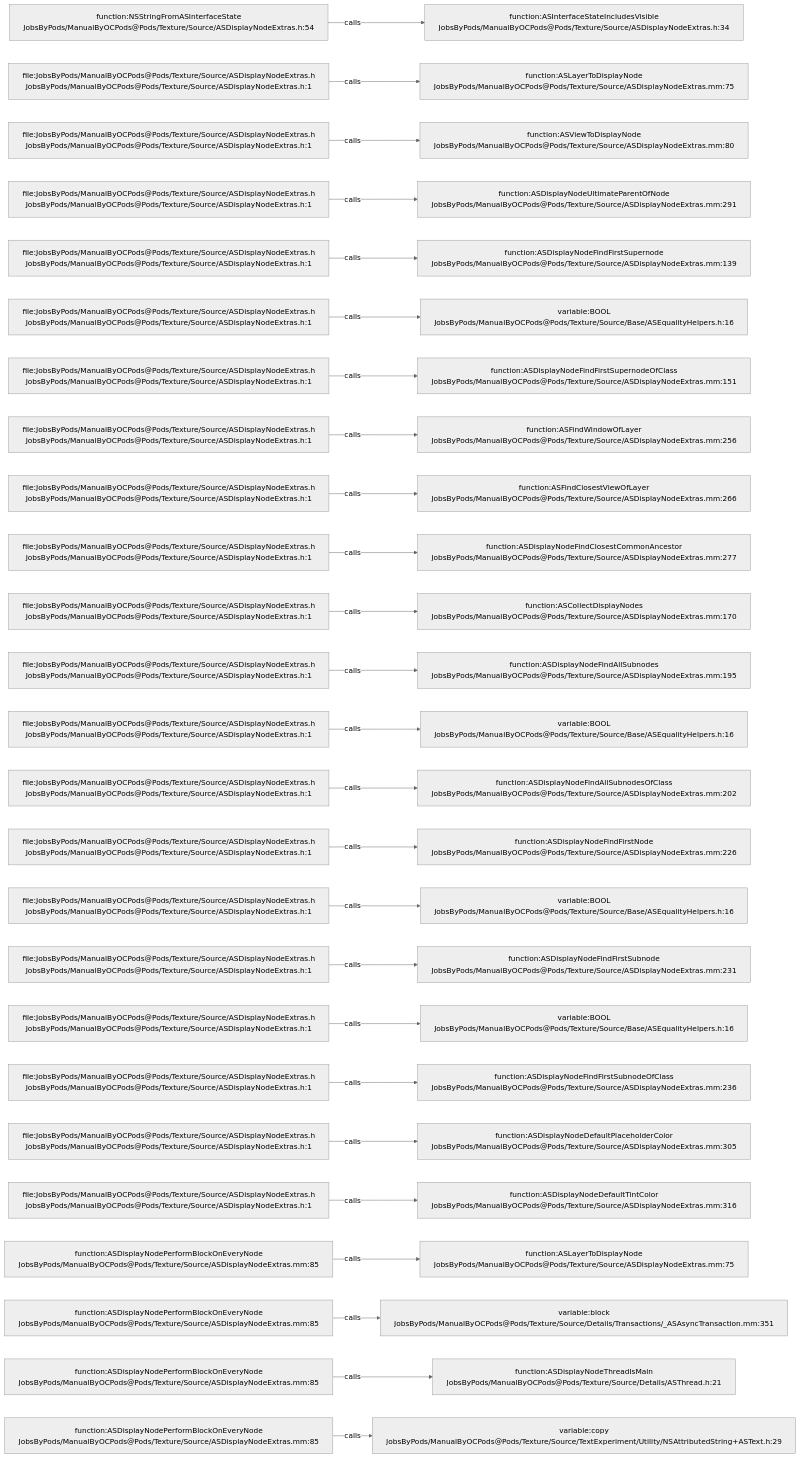
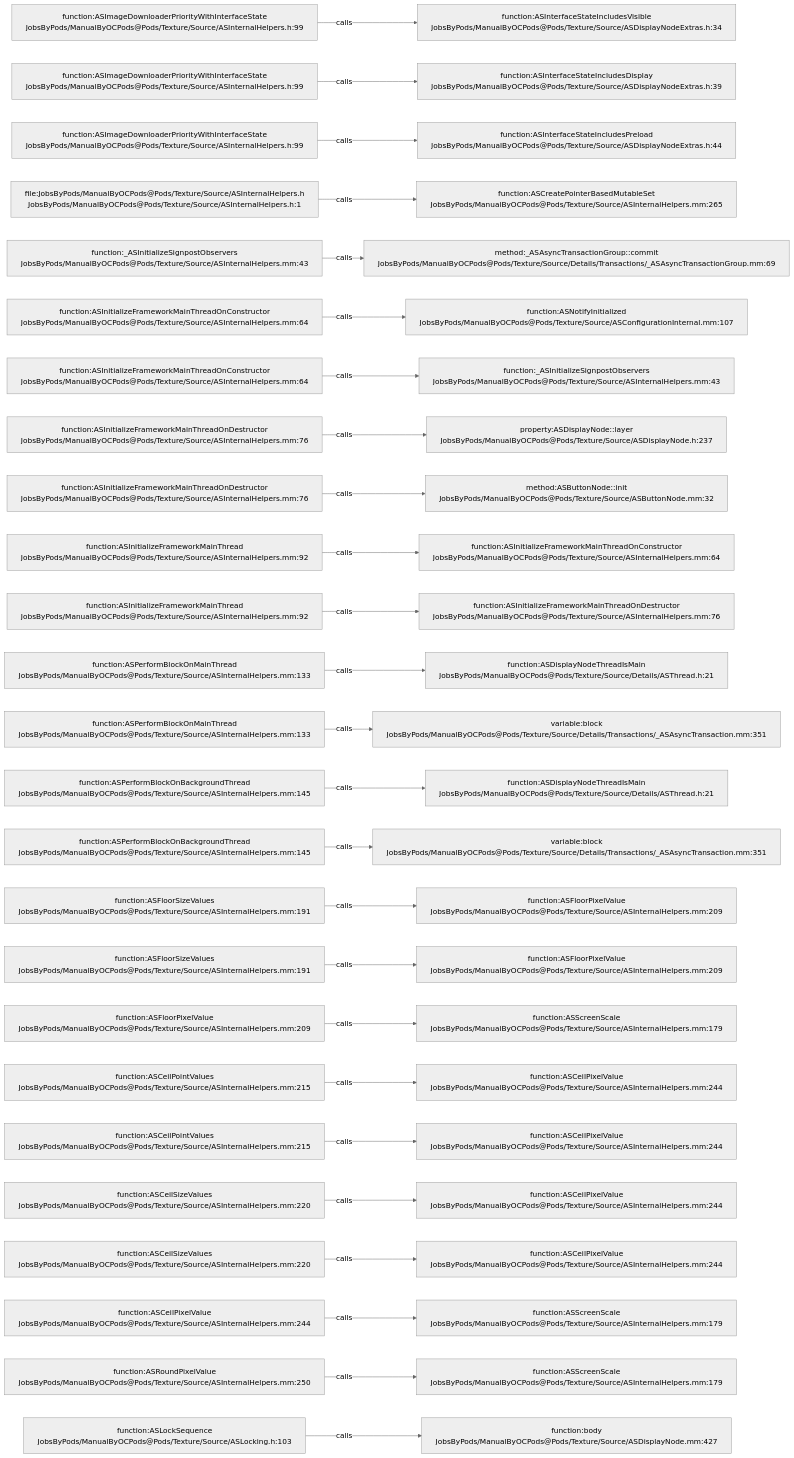
The diagram in .codegraph/codegraph.md/graphs/calls-113.md (JobsKits/JobsOCBaseConfigDemo), drawn with Mermaid (neutral theme) before and after one commit. The commit also changed 1223 other files, not shown here.

````diff
--- a/.codegraph/codegraph.md/graphs/calls-113.md
+++ b/.codegraph/codegraph.md/graphs/calls-113.md
@@ -13,78 +13,78 @@
 ```mermaid
 flowchart LR
-  S1["function:NSStringFromASInterfaceState<br/>JobsByPods/ManualByOCPods@Pods/Texture/Source/ASDisplayNodeExtras.h:54"]
+  S1["function:ASImageDownloaderPriorityWithInterfaceState<br/>JobsByPods/ManualByOCPods@Pods/Texture/Source/ASInternalHelpers.h:99"]
   T1["function:ASInterfaceStateIncludesVisible<br/>JobsByPods/ManualByOCPods@Pods/Texture/Source/ASDisplayNodeExtras.h:34"]
   S1 -->|calls| T1
-  S2["file:JobsByPods/ManualByOCPods@Pods/Texture/Source/ASDisplayNodeExtras.h<br/>JobsByPods/ManualByOCPods@Pods/Texture/Source/ASDisplayNodeExtras.h:1"]
-  T2["function:ASLayerToDisplayNode<br/>JobsByPods/ManualByOCPods@Pods/Texture/Source/ASDisplayNodeExtras.mm:75"]
+  S2["function:ASImageDownloaderPriorityWithInterfaceState<br/>JobsByPods/ManualByOCPods@Pods/Texture/Source/ASInternalHelpers.h:99"]
+  T2["function:ASInterfaceStateIncludesDisplay<br/>JobsByPods/ManualByOCPods@Pods/Texture/Source/ASDisplayNodeExtras.h:39"]
   S2 -->|calls| T2
-  S3["file:JobsByPods/ManualByOCPods@Pods/Texture/Source/ASDisplayNodeExtras.h<br/>JobsByPods/ManualByOCPods@Pods/Texture/Source/ASDisplayNodeExtras.h:1"]
-  T3["function:ASViewToDisplayNode<br/>JobsByPods/ManualByOCPods@Pods/Texture/Source/ASDisplayNodeExtras.mm:80"]
+  S3["function:ASImageDownloaderPriorityWithInterfaceState<br/>JobsByPods/ManualByOCPods@Pods/Texture/Source/ASInternalHelpers.h:99"]
+  T3["function:ASInterfaceStateIncludesPreload<br/>JobsByPods/ManualByOCPods@Pods/Texture/Source/ASDisplayNodeExtras.h:44"]
   S3 -->|calls| T3
-  S4["file:JobsByPods/ManualByOCPods@Pods/Texture/Source/ASDisplayNodeExtras.h<br/>JobsByPods/ManualByOCPods@Pods/Texture/Source/ASDisplayNodeExtras.h:1"]
-  T4["function:ASDisplayNodeUltimateParentOfNode<br/>JobsByPods/ManualByOCPods@Pods/Texture/Source/ASDisplayNodeExtras.mm:291"]
+  S4["file:JobsByPods/ManualByOCPods@Pods/Texture/Source/ASInternalHelpers.h<br/>JobsByPods/ManualByOCPods@Pods/Texture/Source/ASInternalHelpers.h:1"]
+  T4["function:ASCreatePointerBasedMutableSet<br/>JobsByPods/ManualByOCPods@Pods/Texture/Source/ASInternalHelpers.mm:265"]
   S4 -->|calls| T4
-  S5["file:JobsByPods/ManualByOCPods@Pods/Texture/Source/ASDisplayNodeExtras.h<br/>JobsByPods/ManualByOCPods@Pods/Texture/Source/ASDisplayNodeExtras.h:1"]
-  T5["function:ASDisplayNodeFindFirstSupernode<br/>JobsByPods/ManualByOCPods@Pods/Texture/Source/ASDisplayNodeExtras.mm:139"]
+  S5["function:_ASInitializeSignpostObservers<br/>JobsByPods/ManualByOCPods@Pods/Texture/Source/ASInternalHelpers.mm:43"]
+  T5["method:_ASAsyncTransactionGroup::commit<br/>JobsByPods/ManualByOCPods@Pods/Texture/Source/Details/Transactions/_ASAsyncTransactionGroup.mm:69"]
   S5 -->|calls| T5
-  S6["file:JobsByPods/ManualByOCPods@Pods/Texture/Source/ASDisplayNodeExtras.h<br/>JobsByPods/ManualByOCPods@Pods/Texture/Source/ASDisplayNodeExtras.h:1"]
-  T6["variable:BOOL<br/>JobsByPods/ManualByOCPods@Pods/Texture/Source/Base/ASEqualityHelpers.h:16"]
+  S6["function:ASInitializeFrameworkMainThreadOnConstructor<br/>JobsByPods/ManualByOCPods@Pods/Texture/Source/ASInternalHelpers.mm:64"]
+  T6["function:ASNotifyInitialized<br/>JobsByPods/ManualByOCPods@Pods/Texture/Source/ASConfigurationInternal.mm:107"]
   S6 -->|calls| T6
-  S7["file:JobsByPods/ManualByOCPods@Pods/Texture/Source/ASDisplayNodeExtras.h<br/>JobsByPods/ManualByOCPods@Pods/Texture/Source/ASDisplayNodeExtras.h:1"]
-  T7["function:ASDisplayNodeFindFirstSupernodeOfClass<br/>JobsByPods/ManualByOCPods@Pods/Texture/Source/ASDisplayNodeExtras.mm:151"]
+  S7["function:ASInitializeFrameworkMainThreadOnConstructor<br/>JobsByPods/ManualByOCPods@Pods/Texture/Source/ASInternalHelpers.mm:64"]
+  T7["function:_ASInitializeSignpostObservers<br/>JobsByPods/ManualByOCPods@Pods/Texture/Source/ASInternalHelpers.mm:43"]
   S7 -->|calls| T7
-  S8["file:JobsByPods/ManualByOCPods@Pods/Texture/Source/ASDisplayNodeExtras.h<br/>JobsByPods/ManualByOCPods@Pods/Texture/Source/ASDisplayNodeExtras.h:1"]
-  T8["function:ASFindWindowOfLayer<br/>JobsByPods/ManualByOCPods@Pods/Texture/Source/ASDisplayNodeExtras.mm:256"]
+  S8["function:ASInitializeFrameworkMainThreadOnDestructor<br/>JobsByPods/ManualByOCPods@Pods/Texture/Source/ASInternalHelpers.mm:76"]
+  T8["property:ASDisplayNode::layer<br/>JobsByPods/ManualByOCPods@Pods/Texture/Source/ASDisplayNode.h:237"]
   S8 -->|calls| T8
-  S9["file:JobsByPods/ManualByOCPods@Pods/Texture/Source/ASDisplayNodeExtras.h<br/>JobsByPods/ManualByOCPods@Pods/Texture/Source/ASDisplayNodeExtras.h:1"]
-  T9["function:ASFindClosestViewOfLayer<br/>JobsByPods/ManualByOCPods@Pods/Texture/Source/ASDisplayNodeExtras.mm:266"]
+  S9["function:ASInitializeFrameworkMainThreadOnDestructor<br/>JobsByPods/ManualByOCPods@Pods/Texture/Source/ASInternalHelpers.mm:76"]
+  T9["method:ASButtonNode::init<br/>JobsByPods/ManualByOCPods@Pods/Texture/Source/ASButtonNode.mm:32"]
   S9 -->|calls| T9
-  S10["file:JobsByPods/ManualByOCPods@Pods/Texture/Source/ASDisplayNodeExtras.h<br/>JobsByPods/ManualByOCPods@Pods/Texture/Source/ASDisplayNodeExtras.h:1"]
-  T10["function:ASDisplayNodeFindClosestCommonAncestor<br/>JobsByPods/ManualByOCPods@Pods/Texture/Source/ASDisplayNodeExtras.mm:277"]
+  S10["function:ASInitializeFrameworkMainThread<br/>JobsByPods/ManualByOCPods@Pods/Texture/Source/ASInternalHelpers.mm:92"]
+  T10["function:ASInitializeFrameworkMainThreadOnConstructor<br/>JobsByPods/ManualByOCPods@Pods/Texture/Source/ASInternalHelpers.mm:64"]
   S10 -->|calls| T10
-  S11["file:JobsByPods/ManualByOCPods@Pods/Texture/Source/ASDisplayNodeExtras.h<br/>JobsByPods/ManualByOCPods@Pods/Texture/Source/ASDisplayNodeExtras.h:1"]
-  T11["function:ASCollectDisplayNodes<br/>JobsByPods/ManualByOCPods@Pods/Texture/Source/ASDisplayNodeExtras.mm:170"]
+  S11["function:ASInitializeFrameworkMainThread<br/>JobsByPods/ManualByOCPods@Pods/Texture/Source/ASInternalHelpers.mm:92"]
+  T11["function:ASInitializeFrameworkMainThreadOnDestructor<br/>JobsByPods/ManualByOCPods@Pods/Texture/Source/ASInternalHelpers.mm:76"]
   S11 -->|calls| T11
-  S12["file:JobsByPods/ManualByOCPods@Pods/Texture/Source/ASDisplayNodeExtras.h<br/>JobsByPods/ManualByOCPods@Pods/Texture/Source/ASDisplayNodeExtras.h:1"]
-  T12["function:ASDisplayNodeFindAllSubnodes<br/>JobsByPods/ManualByOCPods@Pods/Texture/Source/ASDisplayNodeExtras.mm:195"]
+  S12["function:ASPerformBlockOnMainThread<br/>JobsByPods/ManualByOCPods@Pods/Texture/Source/ASInternalHelpers.mm:133"]
+  T12["function:ASDisplayNodeThreadIsMain<br/>JobsByPods/ManualByOCPods@Pods/Texture/Source/Details/ASThread.h:21"]
   S12 -->|calls| T12
-  S13["file:JobsByPods/ManualByOCPods@Pods/Texture/Source/ASDisplayNodeExtras.h<br/>JobsByPods/ManualByOCPods@Pods/Texture/Source/ASDisplayNodeExtras.h:1"]
-  T13["variable:BOOL<br/>JobsByPods/ManualByOCPods@Pods/Texture/Source/Base/ASEqualityHelpers.h:16"]
+  S13["function:ASPerformBlockOnMainThread<br/>JobsByPods/ManualByOCPods@Pods/Texture/Source/ASInternalHelpers.mm:133"]
+  T13["variable:block<br/>JobsByPods/ManualByOCPods@Pods/Texture/Source/Details/Transactions/_ASAsyncTransaction.mm:351"]
   S13 -->|calls| T13
-  S14["file:JobsByPods/ManualByOCPods@Pods/Texture/Source/ASDisplayNodeExtras.h<br/>JobsByPods/ManualByOCPods@Pods/Texture/Source/ASDisplayNodeExtras.h:1"]
-  T14["function:ASDisplayNodeFindAllSubnodesOfClass<br/>JobsByPods/ManualByOCPods@Pods/Texture/Source/ASDisplayNodeExtras.mm:202"]
+  S14["function:ASPerformBlockOnBackgroundThread<br/>JobsByPods/ManualByOCPods@Pods/Texture/Source/ASInternalHelpers.mm:145"]
+  T14["function:ASDisplayNodeThreadIsMain<br/>JobsByPods/ManualByOCPods@Pods/Texture/Source/Details/ASThread.h:21"]
   S14 -->|calls| T14
-  S15["file:JobsByPods/ManualByOCPods@Pods/Texture/Source/ASDisplayNodeExtras.h<br/>JobsByPods/ManualByOCPods@Pods/Texture/Source/ASDisplayNodeExtras.h:1"]
-  T15["function:ASDisplayNodeFindFirstNode<br/>JobsByPods/ManualByOCPods@Pods/Texture/Source/ASDisplayNodeExtras.mm:226"]
+  S15["function:ASPerformBlockOnBackgroundThread<br/>JobsByPods/ManualByOCPods@Pods/Texture/Source/ASInternalHelpers.mm:145"]
+  T15["variable:block<br/>JobsByPods/ManualByOCPods@Pods/Texture/Source/Details/Transactions/_ASAsyncTransaction.mm:351"]
   S15 -->|calls| T15
-  S16["file:JobsByPods/ManualByOCPods@Pods/Texture/Source/ASDisplayNodeExtras.h<br/>JobsByPods/ManualByOCPods@Pods/Texture/Source/ASDisplayNodeExtras.h:1"]
-  T16["variable:BOOL<br/>JobsByPods/ManualByOCPods@Pods/Texture/Source/Base/ASEqualityHelpers.h:16"]
+  S16["function:ASFloorSizeValues<br/>JobsByPods/ManualByOCPods@Pods/Texture/Source/ASInternalHelpers.mm:191"]
+  T16["function:ASFloorPixelValue<br/>JobsByPods/ManualByOCPods@Pods/Texture/Source/ASInternalHelpers.mm:209"]
   S16 -->|calls| T16
-  S17["file:JobsByPods/ManualByOCPods@Pods/Texture/Source/ASDisplayNodeExtras.h<br/>JobsByPods/ManualByOCPods@Pods/Texture/Source/ASDisplayNodeExtras.h:1"]
-  T17["function:ASDisplayNodeFindFirstSubnode<br/>JobsByPods/ManualByOCPods@Pods/Texture/Source/ASDisplayNodeExtras.mm:231"]
+  S17["function:ASFloorSizeValues<br/>JobsByPods/ManualByOCPods@Pods/Texture/Source/ASInternalHelpers.mm:191"]
+  T17["function:ASFloorPixelValue<br/>JobsByPods/ManualByOCPods@Pods/Texture/Source/ASInternalHelpers.mm:209"]
   S17 -->|calls| T17
-  S18["file:JobsByPods/ManualByOCPods@Pods/Texture/Source/ASDisplayNodeExtras.h<br/>JobsByPods/ManualByOCPods@Pods/Texture/Source/ASDisplayNodeExtras.h:1"]
-  T18["variable:BOOL<br/>JobsByPods/ManualByOCPods@Pods/Texture/Source/Base/ASEqualityHelpers.h:16"]
+  S18["function:ASFloorPixelValue<br/>JobsByPods/ManualByOCPods@Pods/Texture/Source/ASInternalHelpers.mm:209"]
+  T18["function:ASScreenScale<br/>JobsByPods/ManualByOCPods@Pods/Texture/Source/ASInternalHelpers.mm:179"]
   S18 -->|calls| T18
-  S19["file:JobsByPods/ManualByOCPods@Pods/Texture/Source/ASDisplayNodeExtras.h<br/>JobsByPods/ManualByOCPods@Pods/Texture/Source/ASDisplayNodeExtras.h:1"]
-  T19["function:ASDisplayNodeFindFirstSubnodeOfClass<br/>JobsByPods/ManualByOCPods@Pods/Texture/Source/ASDisplayNodeExtras.mm:236"]
+  S19["function:ASCeilPointValues<br/>JobsByPods/ManualByOCPods@Pods/Texture/Source/ASInternalHelpers.mm:215"]
+  T19["function:ASCeilPixelValue<br/>JobsByPods/ManualByOCPods@Pods/Texture/Source/ASInternalHelpers.mm:244"]
   S19 -->|calls| T19
-  S20["file:JobsByPods/ManualByOCPods@Pods/Texture/Source/ASDisplayNodeExtras.h<br/>JobsByPods/ManualByOCPods@Pods/Texture/Source/ASDisplayNodeExtras.h:1"]
-  T20["function:ASDisplayNodeDefaultPlaceholderColor<br/>JobsByPods/ManualByOCPods@Pods/Texture/Source/ASDisplayNodeExtras.mm:305"]
+  S20["function:ASCeilPointValues<br/>JobsByPods/ManualByOCPods@Pods/Texture/Source/ASInternalHelpers.mm:215"]
+  T20["function:ASCeilPixelValue<br/>JobsByPods/ManualByOCPods@Pods/Texture/Source/ASInternalHelpers.mm:244"]
   S20 -->|calls| T20
-  S21["file:JobsByPods/ManualByOCPods@Pods/Texture/Source/ASDisplayNodeExtras.h<br/>JobsByPods/ManualByOCPods@Pods/Texture/Source/ASDisplayNodeExtras.h:1"]
-  T21["function:ASDisplayNodeDefaultTintColor<br/>JobsByPods/ManualByOCPods@Pods/Texture/Source/ASDisplayNodeExtras.mm:316"]
+  S21["function:ASCeilSizeValues<br/>JobsByPods/ManualByOCPods@Pods/Texture/Source/ASInternalHelpers.mm:220"]
+  T21["function:ASCeilPixelValue<br/>JobsByPods/ManualByOCPods@Pods/Texture/Source/ASInternalHelpers.mm:244"]
   S21 -->|calls| T21
-  S22["function:ASDisplayNodePerformBlockOnEveryNode<br/>JobsByPods/ManualByOCPods@Pods/Texture/Source/ASDisplayNodeExtras.mm:85"]
-  T22["function:ASLayerToDisplayNode<br/>JobsByPods/ManualByOCPods@Pods/Texture/Source/ASDisplayNodeExtras.mm:75"]
+  S22["function:ASCeilSizeValues<br/>JobsByPods/ManualByOCPods@Pods/Texture/Source/ASInternalHelpers.mm:220"]
+  T22["function:ASCeilPixelValue<br/>JobsByPods/ManualByOCPods@Pods/Texture/Source/ASInternalHelpers.mm:244"]
   S22 -->|calls| T22
-  S23["function:ASDisplayNodePerformBlockOnEveryNode<br/>JobsByPods/ManualByOCPods@Pods/Texture/Source/ASDisplayNodeExtras.mm:85"]
-  T23["variable:block<br/>JobsByPods/ManualByOCPods@Pods/Texture/Source/Details/Transactions/_ASAsyncTransaction.mm:351"]
+  S23["function:ASCeilPixelValue<br/>JobsByPods/ManualByOCPods@Pods/Texture/Source/ASInternalHelpers.mm:244"]
+  T23["function:ASScreenScale<br/>JobsByPods/ManualByOCPods@Pods/Texture/Source/ASInternalHelpers.mm:179"]
   S23 -->|calls| T23
-  S24["function:ASDisplayNodePerformBlockOnEveryNode<br/>JobsByPods/ManualByOCPods@Pods/Texture/Source/ASDisplayNodeExtras.mm:85"]
-  T24["function:ASDisplayNodeThreadIsMain<br/>JobsByPods/ManualByOCPods@Pods/Texture/Source/Details/ASThread.h:21"]
+  S24["function:ASRoundPixelValue<br/>JobsByPods/ManualByOCPods@Pods/Texture/Source/ASInternalHelpers.mm:250"]
+  T24["function:ASScreenScale<br/>JobsByPods/ManualByOCPods@Pods/Texture/Source/ASInternalHelpers.mm:179"]
   S24 -->|calls| T24
-  S25["function:ASDisplayNodePerformBlockOnEveryNode<br/>JobsByPods/ManualByOCPods@Pods/Texture/Source/ASDisplayNodeExtras.mm:85"]
-  T25["variable:copy<br/>JobsByPods/ManualByOCPods@Pods/Texture/Source/TextExperiment/Utility/NSAttributedString+ASText.h:29"]
+  S25["function:ASLockSequence<br/>JobsByPods/ManualByOCPods@Pods/Texture/Source/ASLocking.h:103"]
+  T25["function:body<br/>JobsByPods/ManualByOCPods@Pods/Texture/Source/ASDisplayNode.mm:427"]
   S25 -->|calls| T25
 ```
````
